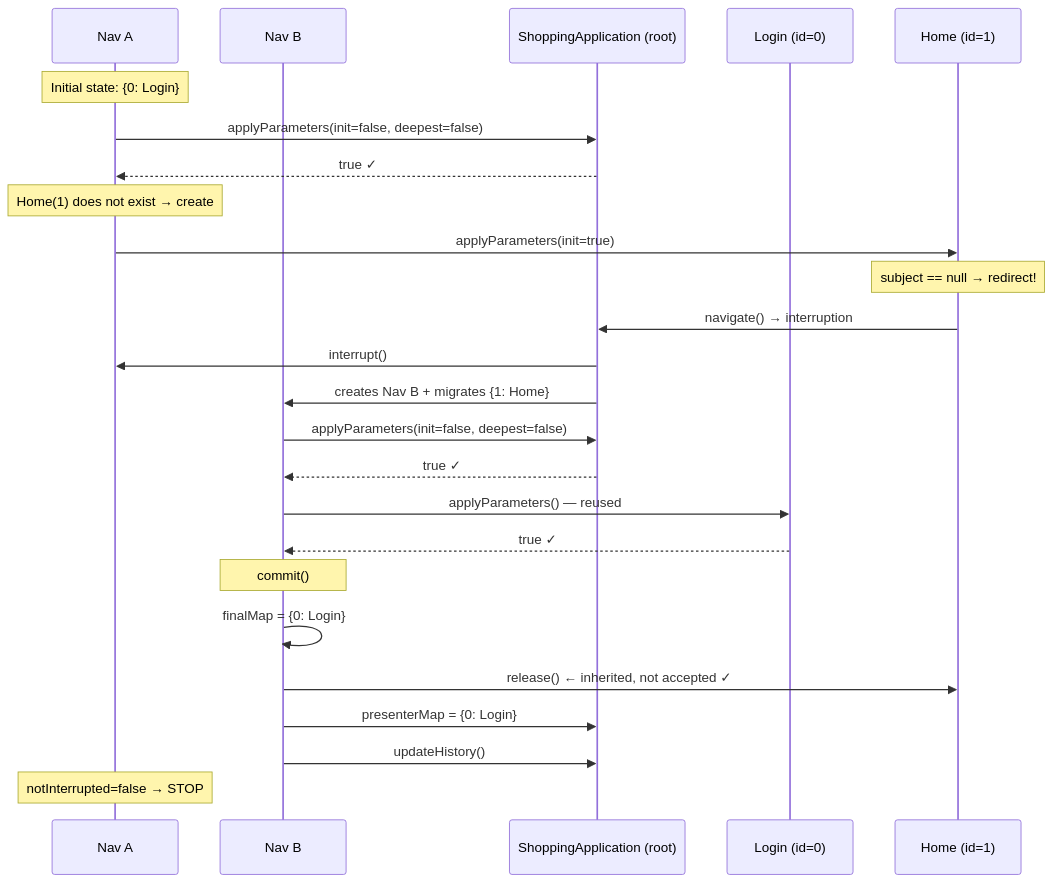
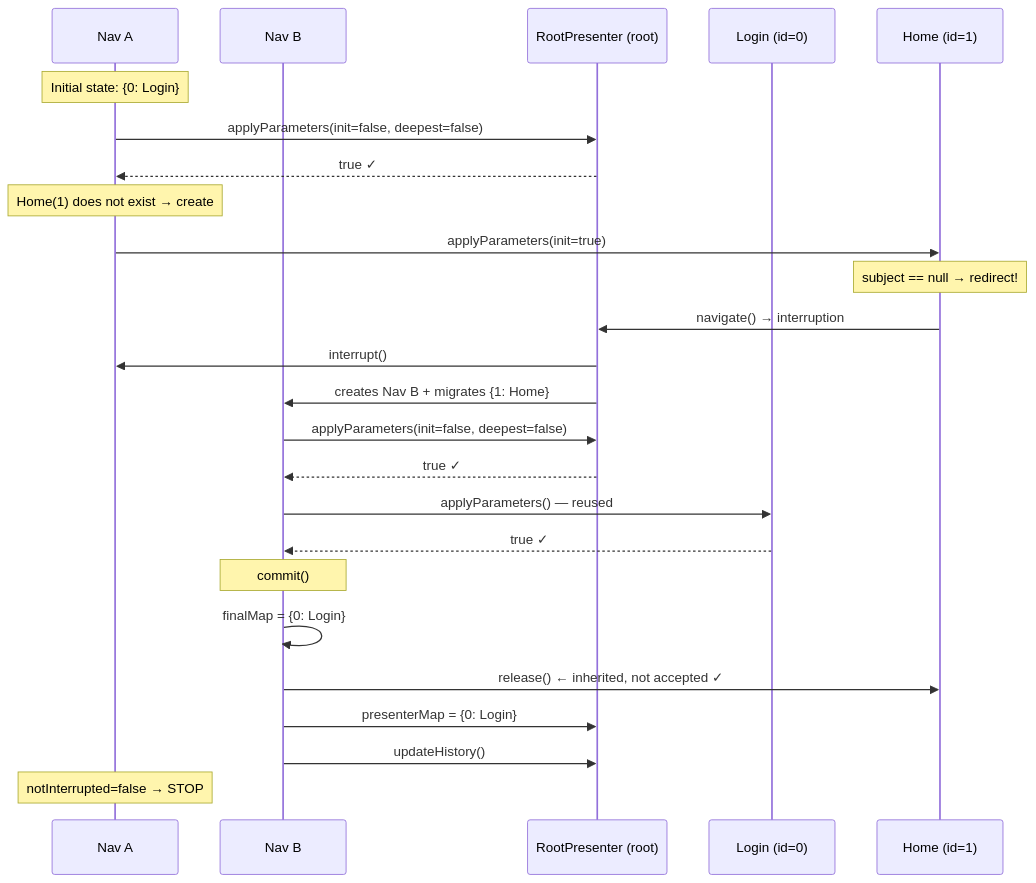
The ninth of 19 diagrams in docs/architecture-cube.md (mrcdom/wdc-cube-kotlin), drawn with Mermaid before and after one commit. The commit also changed other lines of this file and 62 other files, not shown here.

First line of the commit message:
refactor(presentation): ShoppingApplication is RootPresenter

````diff
--- a/docs/architecture-cube.md
+++ b/docs/architecture-cube.md
@@ -549,33 +549,33 @@
 ```mermaid
 sequenceDiagram
     participant NavA as Nav A
     participant NavB as Nav B
-    participant App as ShoppingApplication (root)
+    participant App as RootPresenter (root)
     participant Login as Login (id=0)
     participant Home as Home (id=1)
 
     Note over NavA: Initial state: {0: Login}
 
     NavA->>App: applyParameters(init=false, deepest=false)
     App-->>NavA: true ✓
 
     Note over NavA: Home(1) does not exist → create
     NavA->>Home: applyParameters(init=true)
     Note over Home: subject == null → redirect!
     Home->>App: navigate() → interruption
     App->>NavA: interrupt()
     App->>NavB: creates Nav B + migrates {1: Home}
 
     NavB->>App: applyParameters(init=false, deepest=false)
     App-->>NavB: true ✓
     NavB->>Login: applyParameters() — reused
     Login-->>NavB: true ✓
 
     Note over NavB: commit()
     NavB->>NavB: finalMap = {0: Login}
     NavB->>Home: release() ← inherited, not accepted ✓
     NavB->>App: presenterMap = {0: Login}
     NavB->>App: updateHistory()
 
     Note over NavA: notInterrupted=false → STOP
 ```
````
